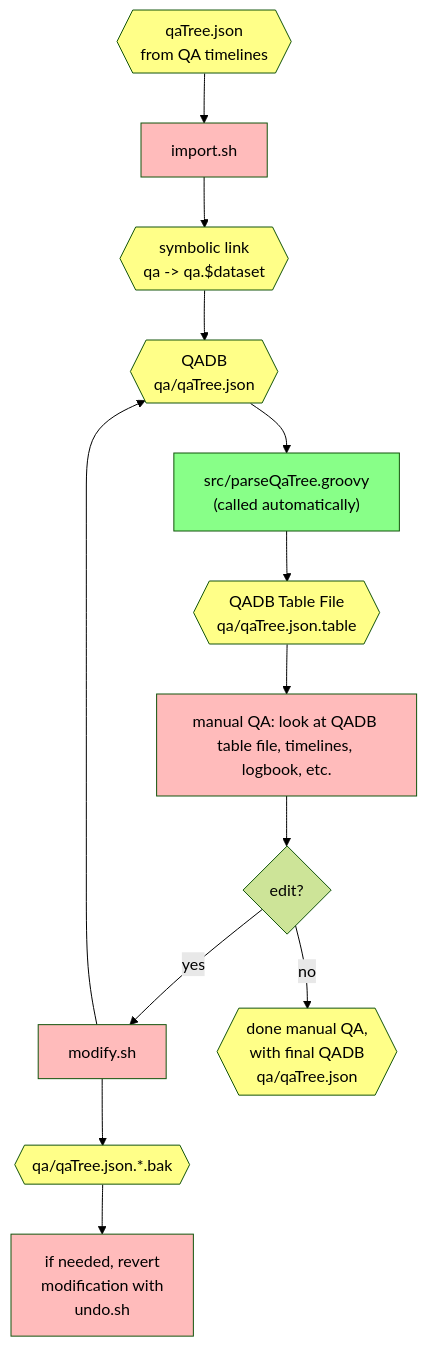
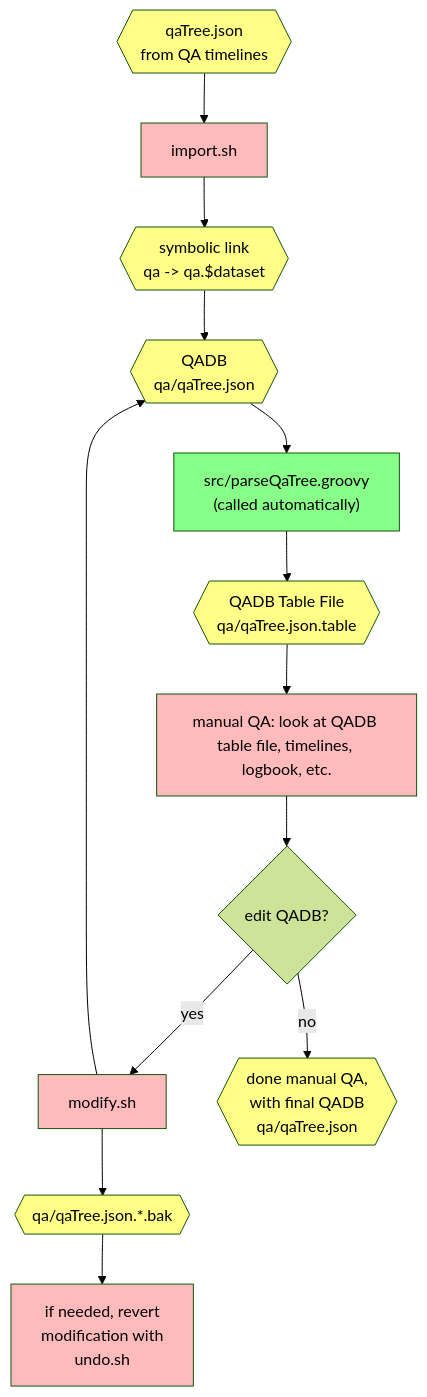
The diagram in qadb/README.md (JeffersonLab/clas12-timeline), drawn with Mermaid (forest theme) before and after one commit.

````diff
--- a/qadb/README.md
+++ b/qadb/README.md
@@ -45,30 +45,30 @@
 ```mermaid
 flowchart TB
 
     classDef data fill:#ff8,color:black
     classDef auto fill:#8f8,color:black
     classDef manual fill:#fbb,color:black
 
     qaTreeInit{{qaTree.json<br>from QA timelines}}:::data
     import[import.sh]:::manual
     parse["src/parseQaTree.groovy<br>(called automatically)"]:::auto
     symlink{{symbolic link<br>qa -> qa.$dataset}}:::data
     qaTree{{QADB<br>qa/qaTree.json}}:::data
     qaTable{{QADB Table File<br>qa/qaTree.json.table}}:::data
 
     qaTreeInit --> import --> symlink --> qaTree --> parse --> qaTable
 
     manualQA[manual QA: look at QADB table file, timelines, logbook, etc.]:::manual
-    edit{edit?}
+    edit{edit QADB?}
     modify[modify.sh]:::manual
     qaTreeBak{{qa/qaTree.json.*.bak}}:::data
     undo[if needed, revert<br>modification with<br>undo.sh]:::manual
 
     qaTable --> manualQA --> edit
 
     edit -->|yes|modify --> qaTree
     modify --> qaTreeBak
     qaTreeBak --> undo
 
     edit -->|no|done{{done manual QA,<br>with final QADB<br>qa/qaTree.json}}:::data
 ```
````
